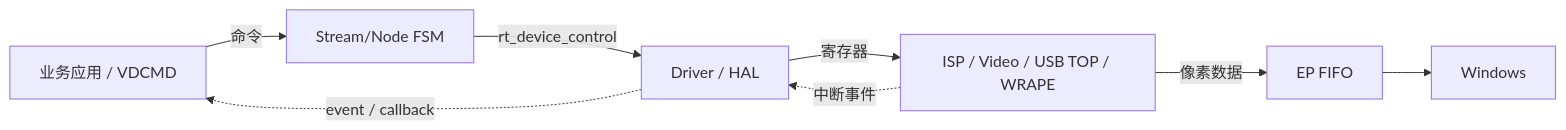
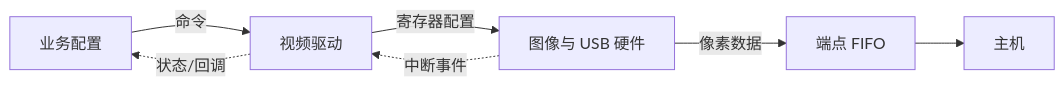
The fourth of 7 diagrams in content/posts/architecture/embedded_usb_dual_video_output.md (DeguiLiu/tech-notes), drawn with Mermaid before and after one commit. The commit also changed other lines of this file, not shown here.

Commit message:
story-docs(blog): generalize dual USB video synchronization article

````diff
--- a/content/posts/architecture/embedded_usb_dual_video_output.md
+++ b/content/posts/architecture/embedded_usb_dual_video_output.md
@@ -165,6 +153,6 @@
 ```mermaid
 flowchart LR
-    APP["业务应用 / VDCMD"] -->|命令| FSM["Stream/Node FSM"] -->|rt_device_control| DRV["Driver / HAL"] -->|寄存器| HW["ISP / Video / USB TOP / WRAPE"]
-    HW -->|像素数据| FIFO["EP FIFO"] --> PC["Windows"]
-    HW -.->|中断事件| DRV -.->|event / callback| APP
+    APP["业务配置"] -->|命令| DRIVER["视频驱动"] -->|寄存器配置| HW["图像与 USB 硬件"]
+    HW -->|像素数据| FIFO["端点 FIFO"] --> PC["主机"]
+    HW -.->|中断事件| DRIVER -.->|状态/回调| APP
 ```
````
